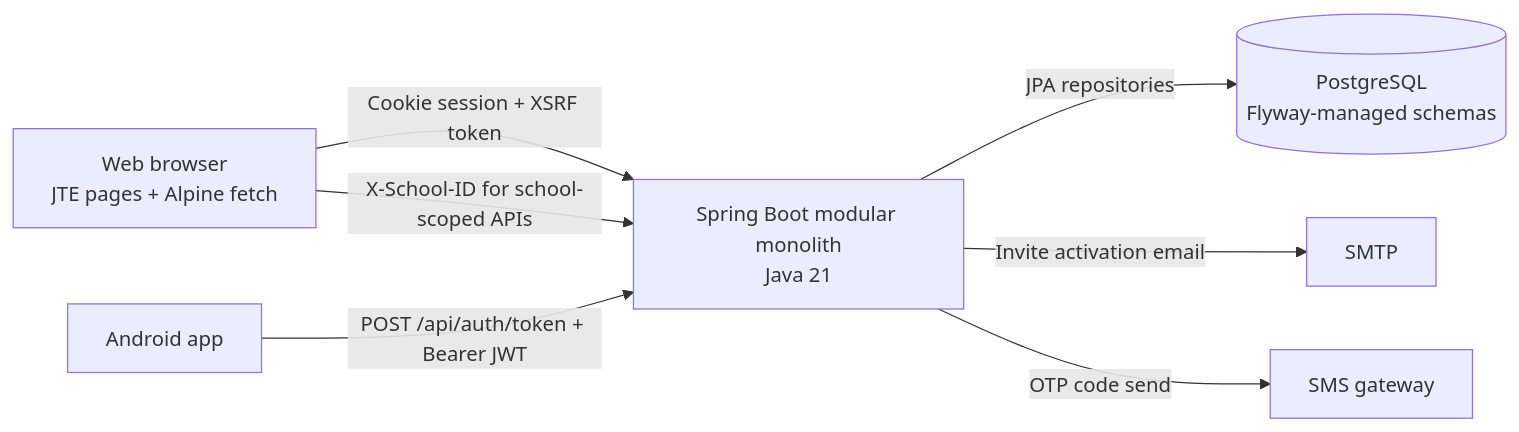
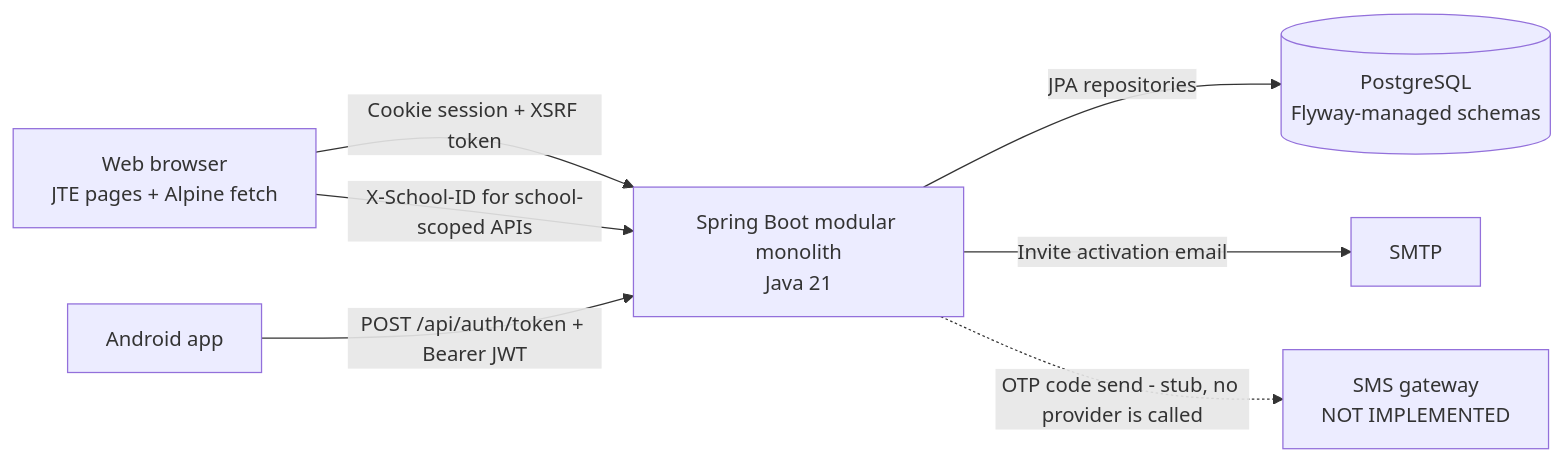
The second of 6 diagrams in openspec/diagrams/iam-c4.md (MEYSAMgh1370/school-project), drawn with Mermaid before and after one commit. The commit also changed other lines of this file and 4 other files, not shown here.

First line of the commit message:
Mark SMS OTP delivery as a stub and fix the roles edge origin

````diff
--- a/openspec/diagrams/iam-c4.md
+++ b/openspec/diagrams/iam-c4.md
@@ -57,17 +62,17 @@
 ```mermaid
 flowchart LR
     browser[Web browser\nJTE pages + Alpine fetch]
     android[Android app]
     backend[Spring Boot modular monolith\nJava 21]
     db[(PostgreSQL\nFlyway-managed schemas)]
     mail[SMTP]
-    sms[SMS gateway]
+    sms[SMS gateway\nNOT IMPLEMENTED]
 
     browser -->|Cookie session + XSRF token| backend
     browser -->|X-School-ID for school-scoped APIs| backend
     android -->|POST /api/auth/token + Bearer JWT| backend
 
     backend -->|JPA repositories| db
     backend -->|Invite activation email| mail
-    backend -->|OTP code send| sms
+    backend -.->|OTP code send - stub, no provider is called| sms
 ```
````
